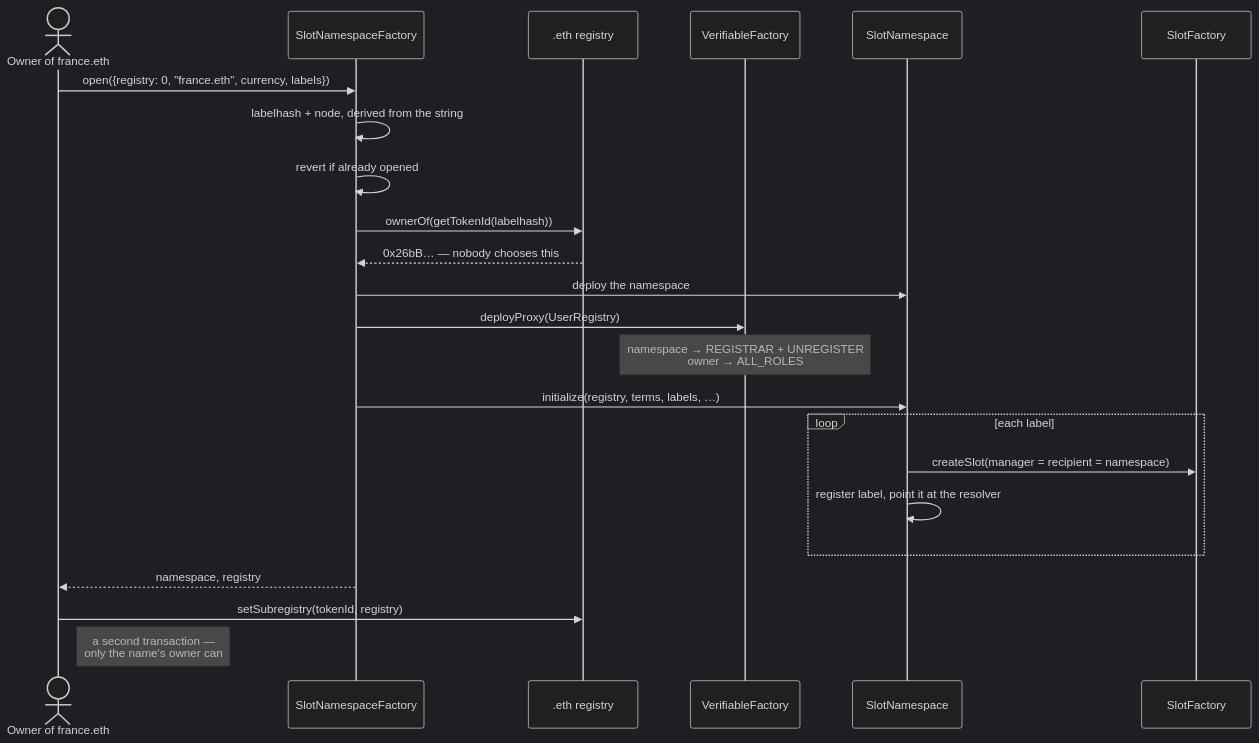
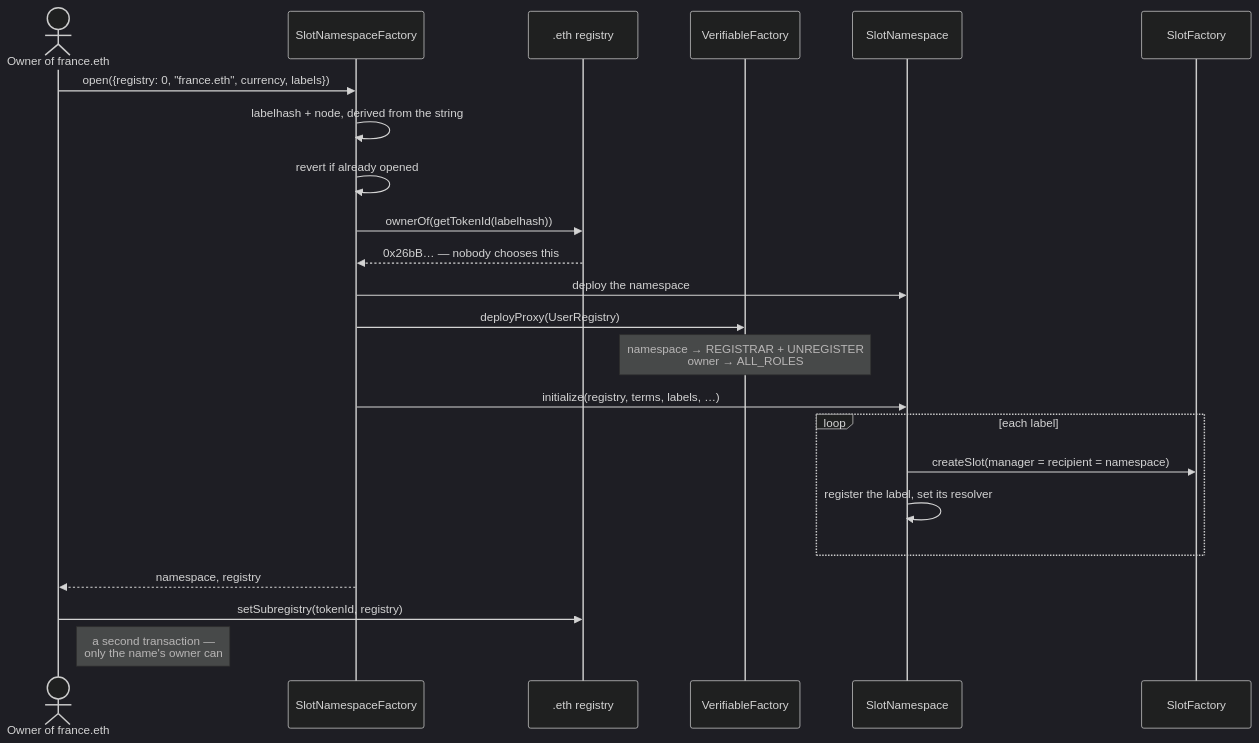
One commit to nezz0746/ens-slots changed the second of 5 diagrams in docs/protocol.md. Above: the diagram before and after it, drawn with Mermaid (dark theme). The commit also changed 1 other file, not shown here.

Commit message:
fix(web): say what the name is pointed AT
"Points your name at it", on a button and twice in the copy beside it.
"It" was the registry deployed two clauses earlier, and by the time
somebody is reading a button label there is no antecedent left — the one
step on this page that only the name's owner can perform was described
by a pronoun.

Now: "records that registry on your .eth name, so subnames resolve
through it", and the button says "Recording the registry on your name".
Longer, and the reader knows which of the three things on screen is
being connected to which.

The diagram had the same shrug in it: "point it at the resolver" is now
"set its resolver".

````diff
--- a/docs/protocol.md
+++ b/docs/protocol.md
@@ -67,29 +67,29 @@
 ```mermaid
 sequenceDiagram
     actor Owner as Owner of france.eth
     participant F as SlotNamespaceFactory
     participant ETH as .eth registry
     participant VF as VerifiableFactory
     participant NS as SlotNamespace
     participant SF as SlotFactory
 
     Owner->>F: open({registry: 0, "france.eth", currency, labels})
     F->>F: labelhash + node, derived from the string
     F->>F: revert if already opened
     F->>ETH: ownerOf(getTokenId(labelhash))
     ETH-->>F: 0x26bB… — nobody chooses this
     F->>NS: deploy the namespace
     F->>VF: deployProxy(UserRegistry)
     Note over VF: namespace → REGISTRAR + UNREGISTER<br/>owner → ALL_ROLES
     F->>NS: initialize(registry, terms, labels, …)
 
     loop each label
         NS->>SF: createSlot(manager = recipient = namespace)
-        NS->>NS: register label, point it at the resolver
+        NS->>NS: register the label, set its resolver
     end
 
     F-->>Owner: namespace, registry
 
     Owner->>ETH: setSubregistry(tokenId, registry)
     Note right of Owner: a second transaction —<br/>only the name's owner can
 ```
````
